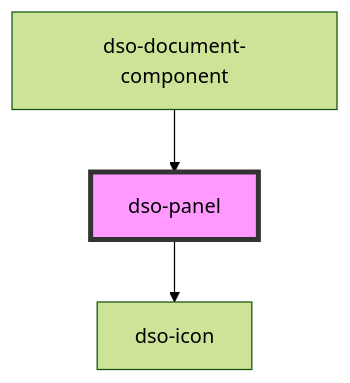
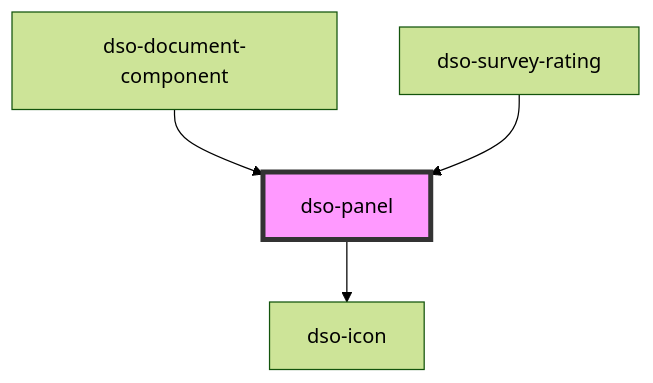
Before and after one commit to dso-toolkit/dso-toolkit: the diagram in packages/core/src/components/panel/readme.md, drawn with Mermaid (forest theme). The commit also changed other lines of this file and 18 other files, not shown here.

Commit message:
#2603 [Added] Survey Rating: Nieuw component

````diff
--- a/packages/core/src/components/panel/readme.md
+++ b/packages/core/src/components/panel/readme.md
@@ -41,6 +42,7 @@
 ```mermaid
 graph TD;
   dso-panel --> dso-icon
   dso-document-component --> dso-panel
+  dso-survey-rating --> dso-panel
   style dso-panel fill:#f9f,stroke:#333,stroke-width:4px
 ```
````
